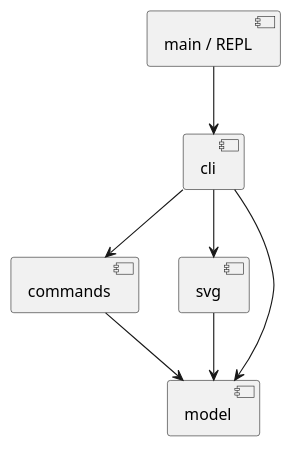
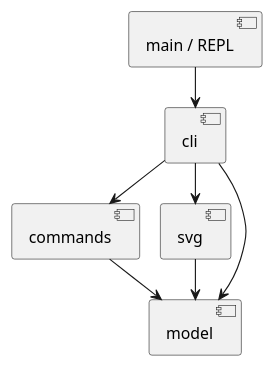
The diagram in doc/README.md (starpickerr/svg-editor), drawn with PlantUML before and after one commit. The commit also changed other lines of this file and 1 other file, not shown here.

Commit message:
docs(project): document verified architecture and assignment delivery

````diff
--- a/doc/README.md
+++ b/doc/README.md
@@ -27,15 +31,16 @@
 ```plantuml
 @startuml
+!pragma layout smetana
 component "main / REPL" as main
 component "cli" as cli
 component "commands" as commands
 component "svg" as svg
 component "model" as model
 main --> cli
 cli --> commands
 cli --> svg
 cli --> model
 commands --> model
 svg --> model
 @enduml
 ```
````
